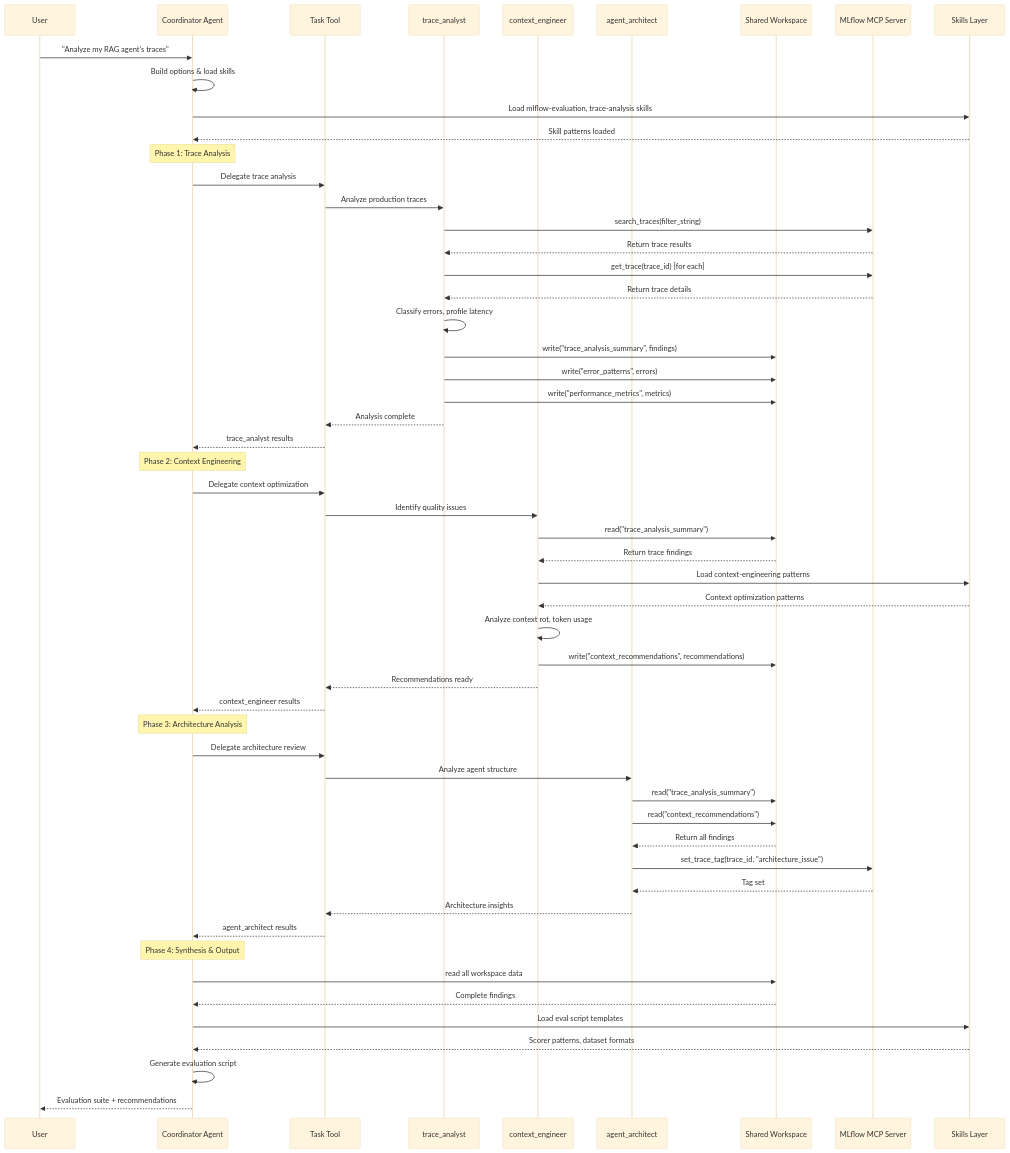
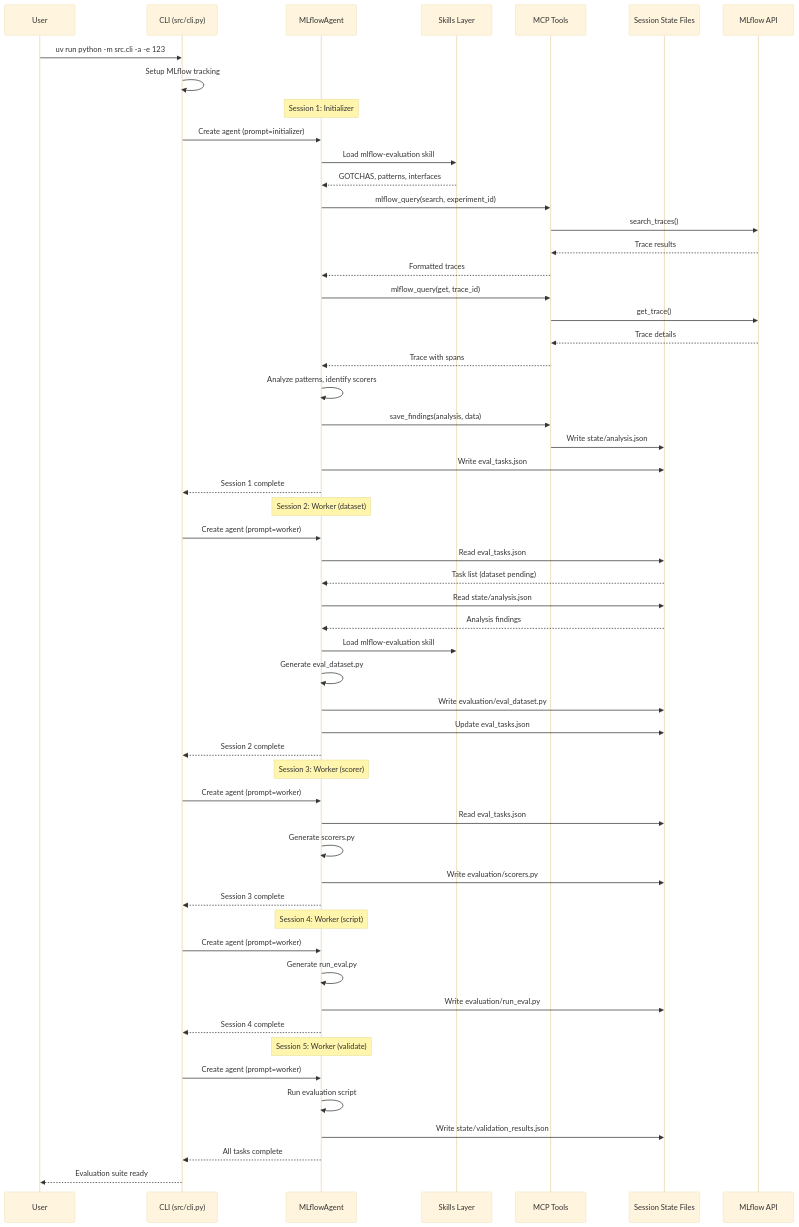
The diagram in docs/agent-communication-flow.md (alexmillerdb/mlflow-eval-agent), drawn with Mermaid (base theme) before and after one commit. The commit also changed other lines of this file and 6 other files, not shown here.

First line of the commit message:
Update docs for simplified session-based architecture

````diff
--- a/docs/agent-communication-flow.md
+++ b/docs/agent-communication-flow.md
@@ -7,62 +11,63 @@
 ```mermaid
 sequenceDiagram
     participant User
-    participant Coordinator as Coordinator Agent
-    participant Task as Task Tool
-    participant TA as trace_analyst
-    participant CE as context_engineer
-    participant AA as agent_architect
-    participant WS as Shared Workspace
-    participant MCP as MLflow MCP Server
+    participant CLI as CLI (src/cli.py)
+    participant Agent as MLflowAgent
     participant Skills as Skills Layer
+    participant MCP as MCP Tools
+    participant State as Session State Files
+    participant MLflow as MLflow API
 
-    User->>Coordinator: "Analyze my RAG agent's traces"
-    Coordinator->>Coordinator: Build options & load skills
-    Coordinator->>Skills: Load mlflow-evaluation, trace-analysis skills
-    Skills-->>Coordinator: Skill patterns loaded
+    User->>CLI: uv run python -m src.cli -a -e 123
+    CLI->>CLI: Setup MLflow tracking
 
-    Note over Coordinator: Phase 1: Trace Analysis
-    Coordinator->>Task: Delegate trace analysis
-    Task->>TA: Analyze production traces
-    TA->>MCP: search_traces(filter_string)
-    MCP-->>TA: Return trace results
-    TA->>MCP: get_trace(trace_id) [for each]
-    MCP-->>TA: Return trace details
-    TA->>TA: Classify errors, profile latency
-    TA->>WS: write("trace_analysis_summary", findings)
-    TA->>WS: write("error_patterns", errors)
-    TA->>WS: write("performance_metrics", metrics)
-    TA-->>Task: Analysis complete
-    Task-->>Coordinator: trace_analyst results
+    Note over Agent: Session 1: Initializer
+    CLI->>Agent: Create agent (prompt=initializer)
+    Agent->>Skills: Load mlflow-evaluation skill
+    Skills-->>Agent: GOTCHAS, patterns, interfaces
+    Agent->>MCP: mlflow_query(search, experiment_id)
+    MCP->>MLflow: search_traces()
+    MLflow-->>MCP: Trace results
+    MCP-->>Agent: Formatted traces
+    Agent->>MCP: mlflow_query(get, trace_id)
+    MCP->>MLflow: get_trace()
+    MLflow-->>MCP: Trace details
+    MCP-->>Agent: Trace with spans
+    Agent->>Agent: Analyze patterns, identify scorers
+    Agent->>MCP: save_findings(analysis, data)
+    MCP->>State: Write state/analysis.json
+    Agent->>State: Write eval_tasks.json
+    Agent-->>CLI: Session 1 complete
 
-    Note over Coordinator: Phase 2: Context Engineering
-    Coordinator->>Task: Delegate context optimization
-    Task->>CE: Identify quality issues
-    CE->>WS: read("trace_analysis_summary")
-    WS-->>CE: Return trace findings
-    CE->>Skills: Load context-engineering patterns
-    Skills-->>CE: Context optimization patterns
-    CE->>CE: Analyze context rot, token usage
-    CE->>WS: write("context_recommendations", recommendations)
-    CE-->>Task: Recommendations ready
-    Task-->>Coordinator: context_engineer results
+    Note over Agent: Session 2: Worker (dataset)
+    CLI->>Agent: Create agent (prompt=worker)
+    Agent->>State: Read eval_tasks.json
+    State-->>Agent: Task list (dataset pending)
+    Agent->>State: Read state/analysis.json
+    State-->>Agent: Analysis findings
+    Agent->>Skills: Load mlflow-evaluation skill
+    Agent->>Agent: Generate eval_dataset.py
+    Agent->>State: Write evaluation/eval_dataset.py
+    Agent->>State: Update eval_tasks.json
+    Agent-->>CLI: Session 2 complete
 
-    Note over Coordinator: Phase 3: Architecture Analysis
-    Coordinator->>Task: Delegate architecture review
-    Task->>AA: Analyze agent structure
-    AA->>WS: read("trace_analysis_summary")
-    AA->>WS: read("context_recommendations")
-    WS-->>AA: Return all findings
-    AA->>MCP: set_trace_tag(trace_id, "architecture_issue")
-    MCP-->>AA: Tag set
-    AA-->>Task: Architecture insights
-    Task-->>Coordinator: agent_architect results
+    Note over Agent: Session 3: Worker (scorer)
+    CLI->>Agent: Create agent (prompt=worker)
+    Agent->>State: Read eval_tasks.json
+    Agent->>Agent: Generate scorers.py
+    Agent->>State: Write evaluation/scorers.py
+    Agent-->>CLI: Session 3 complete
 
-    Note over Coordinator: Phase 4: Synthesis & Output
-    Coordinator->>WS: read all workspace data
-    WS-->>Coordinator: Complete findings
-    Coordinator->>Skills: Load eval script templates
-    Skills-->>Coordinator: Scorer patterns, dataset formats
-    Coordinator->>Coordinator: Generate evaluation script
-    Coordinator-->>User: Evaluation suite + recommendations
+    Note over Agent: Session 4: Worker (script)
+    CLI->>Agent: Create agent (prompt=worker)
+    Agent->>Agent: Generate run_eval.py
+    Agent->>State: Write evaluation/run_eval.py
+    Agent-->>CLI: Session 4 complete
+
+    Note over Agent: Session 5: Worker (validate)
+    CLI->>Agent: Create agent (prompt=worker)
+    Agent->>Agent: Run evaluation script
+    Agent->>State: Write state/validation_results.json
+    Agent-->>CLI: All tasks complete
+    CLI-->>User: Evaluation suite ready
 ```
````
